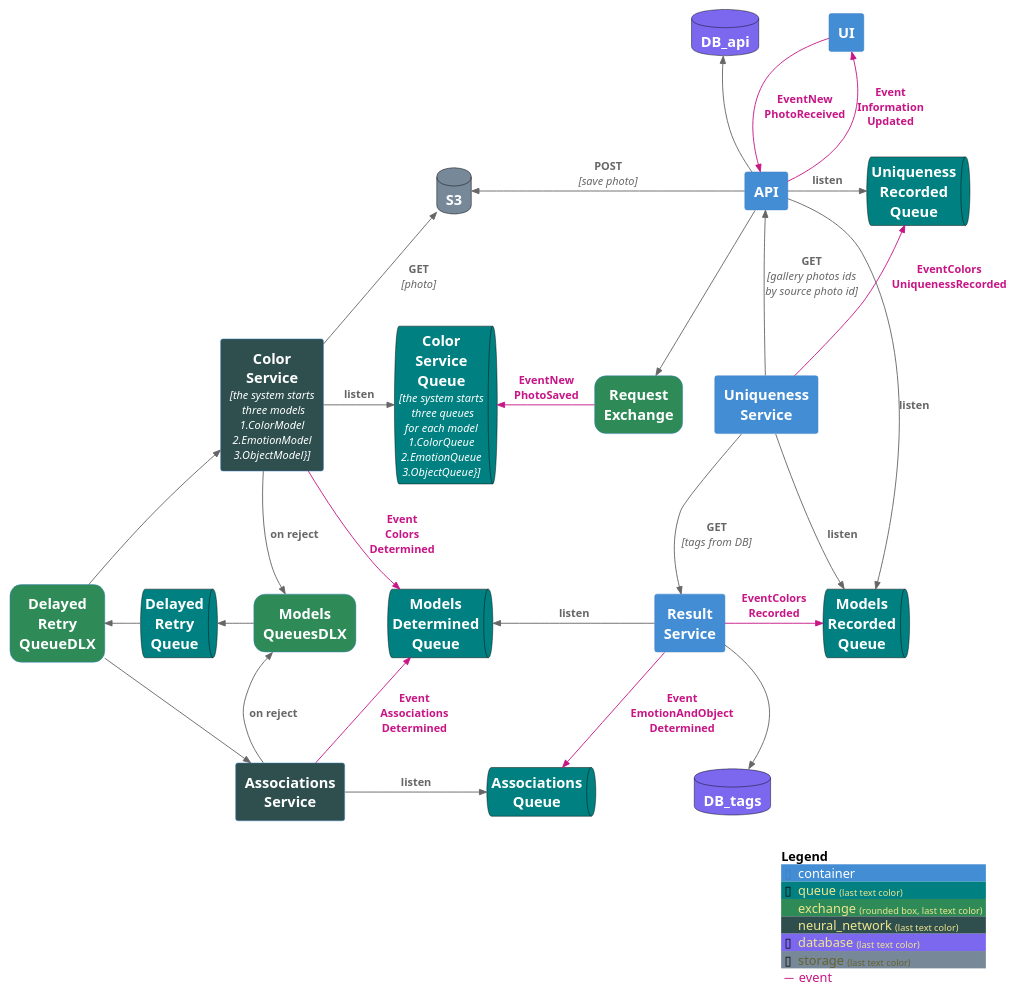
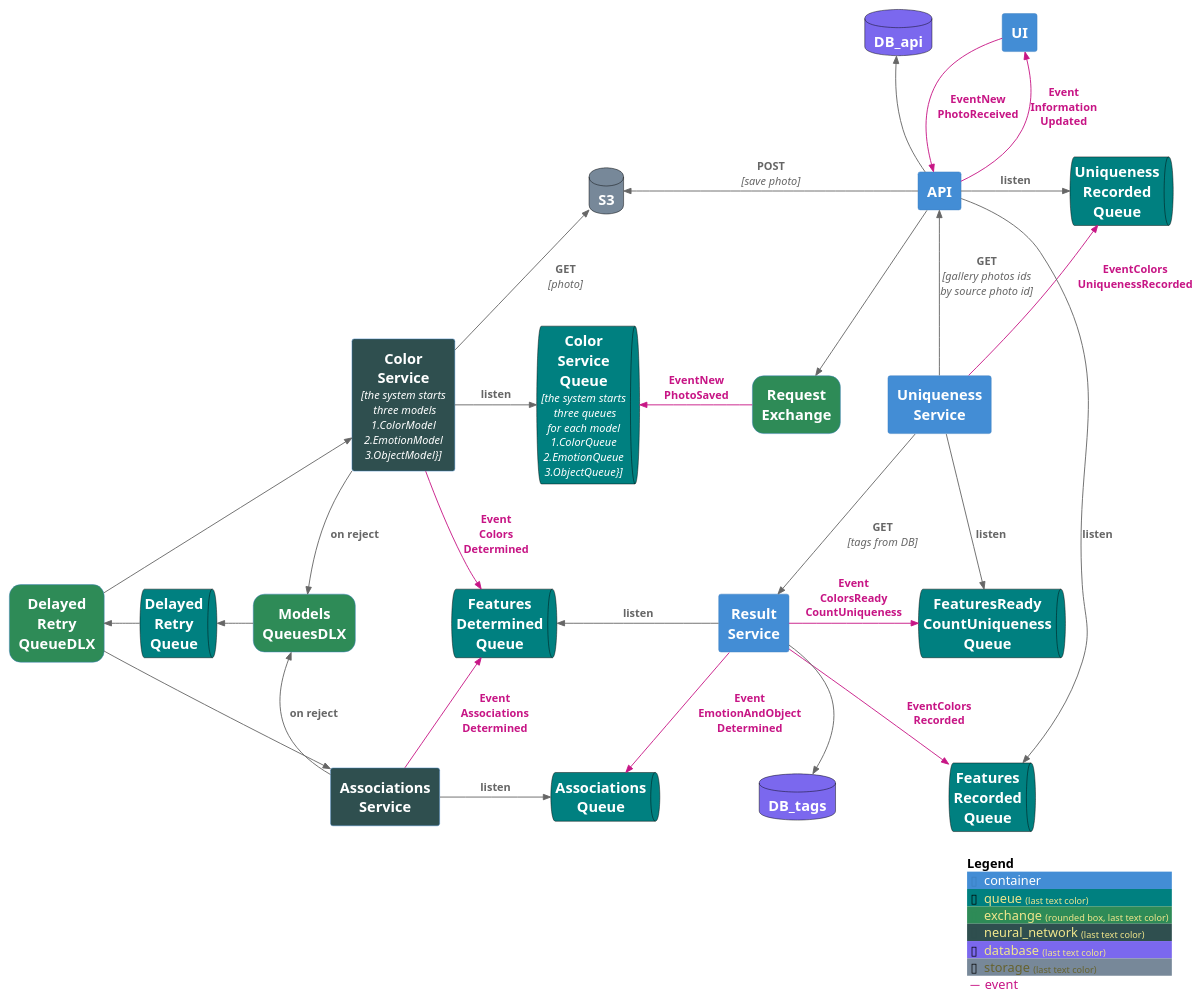
Before and after one commit to TourmalineCore/picachu-documentation: the diagram in system_components_diagram.puml, drawn with PlantUML. The commit also changed 2 other files, not shown here.

Commit message:
feat(doc): #85zrxapwf: add queue for ready features to count uniqueness

```diff
--- a/system_components_diagram.puml
+++ b/system_components_diagram.puml
@@ -1,98 +1,104 @@
 @startuml C4_Elements
 !include https://raw.githubusercontent.com/plantuml-stdlib/C4-PlantUML/master/C4_Container.puml
 HIDE_STEREOTYPE()
 
 AddElementTag("queue", $bgColor="Teal",$borderColor="black")
 AddElementTag("exchange", $bgColor="SeaGreen",$shape=RoundedBoxShape())
 AddElementTag("neural_network", $bgColor="DarkSlateGray")
 AddElementTag("database", $bgColor="MediumSlateBlue",$borderColor="black")
 AddElementTag("storage", $bgColor="LightSlateGray",$borderColor="black")
 AddRelTag("event", $textColor="MediumVioletRed", $lineColor="MediumVioletRed")
 
 Container(UI, "UI", "", "")
 Container(API, "API", "", "")
 
 ContainerQueue(ColorServiceQueue, "Color\nService\nQueue", "the system starts\n three queues\nfor each model\n1.ColorQueue\n2.EmotionQueue\n3.ObjectQueue}", "",$tags = "queue")
 
 ContainerDb(S3, "S3", "", "",$tags="storage")
 ContainerDb(DB, "DB_api", "", "",$tags="database")
 ContainerDb(DB_tags, "DB_tags", "", "", $tags="database")
 ContainerQueue(DelayedRetryQueue, "Delayed\nRetry\nQueue", "", "",  $tags = "queue")
 Container(ColorService, "Color\nService", "the system starts\n three models\n1.ColorModel\n2.EmotionModel\n3.ObjectModel}", "",$tags="neural_network")
 
 Container(RequestExchange, "Request\nExchange", "", "", $tags ="exchange")
 
 Container(ModelsQueuesDLX, "Models\nQueuesDLX", "", "",$tags ="exchange")
 Container(DelayedRetryQueueDLX, "Delayed\nRetry\nQueueDLX", "", "",$tags ="exchange")
 
 Container(ResultService, "Result\nService", "", "")
-ContainerQueue(ModelsDeterminedQueue, "Models\nDetermined\nQueue", "", "",$tags = "queue")
+ContainerQueue(FeaturesDeterminedQueue, "Features\nDetermined\nQueue", "", "",$tags = "queue")
 
 ContainerQueue(AssociationsQueue, "Associations\nQueue", "", "",$tags = "queue")
 Container(AssociationsService, "Associations\nService", "", "",$tags="neural_network")
 
 Container(UniquenessService, "Uniqueness\nService", "", "")
-ContainerQueue(ModelsRecordedQueue, "Models\nRecorded\nQueue", "", "",$tags = "queue")
+ContainerQueue(FeaturesReadyСountUniquenessQueue, "FeaturesReady\nСountUniqueness\nQueue", "", "",$tags = "queue")
 ContainerQueue(UniquenessRecordedQueue, "Uniqueness\nRecorded\nQueue", "", "",$tags = "queue")
+ContainerQueue(FeaturesRecordedQueue, "Features\nRecorded\nQueue", "", "",$tags = "queue")
+
 
 Rel_D(UI, API, "EventNew\nPhotoReceived", "",$tags ="event")
 
 Rel_U(API, UI, "Event\nInformation\nUpdated", "",$tags ="event")
 
 Rel_D(API, RequestExchange, " ", "")
 Rel_L(API, S3, "POST", "save photo")
 Rel_U(API, DB, " ", "")
 Rel_L(RequestExchange, ColorServiceQueue, "EventNew\nPhotoSaved", "",$tags ="event")
 Rel_R(ColorService, ColorServiceQueue, "listen", "")
 Rel_U(ColorService, S3, "GET", "photo")
 
-Rel(ColorService, ModelsDeterminedQueue, "Event\nColors\nDetermined", "",$tags ="event")
-Lay_U(ModelsDeterminedQueue,ColorServiceQueue)
+Rel(ColorService, FeaturesDeterminedQueue, "Event\nColors\nDetermined", "",$tags ="event")
+Lay_U(FeaturesDeterminedQueue,ColorServiceQueue)
 
 
 Lay_U(AssociationsQueue,ColorServiceQueue)
 
 Rel_R(AssociationsService, AssociationsQueue, "listen", "")
 
 Lay_U(AssociationsService,ModelsQueuesDLX)
 Lay_U(AssociationsService,ColorService)
 Lay_U(DB_tags,RequestExchange)
 
 
 Rel_D(ColorService, ModelsQueuesDLX, "on reject", "")
 Rel_U(AssociationsService, ModelsQueuesDLX, "on reject", "")
 
 Rel_L(ModelsQueuesDLX, DelayedRetryQueue, " ", "")
 Rel_L(DelayedRetryQueue, DelayedRetryQueueDLX, " ", "")
 
 Rel(DelayedRetryQueueDLX, ColorService, " ", "")
 
 Lay_R(DelayedRetryQueueDLX,DelayedRetryQueue)
 Lay_R(DelayedRetryQueue,ModelsQueuesDLX)
 Lay_U(DelayedRetryQueueDLX,ColorService)
 
 Rel(DelayedRetryQueueDLX, AssociationsService, " ", "")
-Rel_U(AssociationsService, ModelsDeterminedQueue, "Event\nAssociations\nDetermined", "",$tags ="event")
+Rel_U(AssociationsService, FeaturesDeterminedQueue, "Event\nAssociations\nDetermined", "",$tags ="event")
 
-Rel_L(ResultService, ModelsDeterminedQueue, "listen", "")
+Rel_L(ResultService, FeaturesDeterminedQueue, "listen", "")
+Rel(ResultService, FeaturesRecordedQueue, "EventColors\nRecorded", "",,$tags ="event")
 
 Rel_D(ResultService, AssociationsQueue, "Event\nEmotionAndObject\nDetermined", $tags ="event")
 Rel_D(ResultService, DB_tags, " ", "")
 
-Rel_R(ResultService, ModelsRecordedQueue, "EventColors\nRecorded", "",$tags ="event")
-Rel_D(UniquenessService, ModelsRecordedQueue, "listen", "")
+Rel_R(ResultService, FeaturesReadyСountUniquenessQueue, "Event\nColorsReady\nСountUniqueness", "",$tags ="event")
+Rel_D(UniquenessService, FeaturesReadyСountUniquenessQueue, "listen", "")
 
 Rel_D(UniquenessService, ResultService, "GET", "tags from DB")
 
 Rel_U(UniquenessService,UniquenessRecordedQueue ,  "EventColors\nUniquenessRecorded",$tags ="event")
 
-Lay_U(UniquenessService,ModelsRecordedQueue)
+Lay_U(UniquenessService,FeaturesReadyСountUniquenessQueue)
 Lay_R(RequestExchange,UniquenessService)
 
+
 Rel_R(API, UniquenessRecordedQueue,  "listen", "")
-Rel_R(API, ModelsRecordedQueue,  "listen", "")
+Rel_R(API, FeaturesRecordedQueue,  "listen", "")
 
 Rel_U(UniquenessService,API ,  "GET", "gallery photos ids\nby source photo id")
+Lay_D(FeaturesReadyСountUniquenessQueue,FeaturesRecordedQueue)
+
 
 SHOW_LEGEND(false)
 @enduml
```
